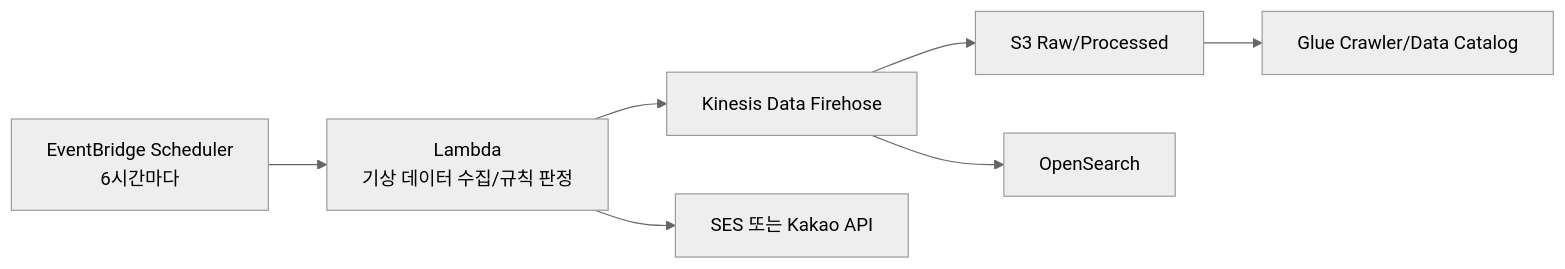
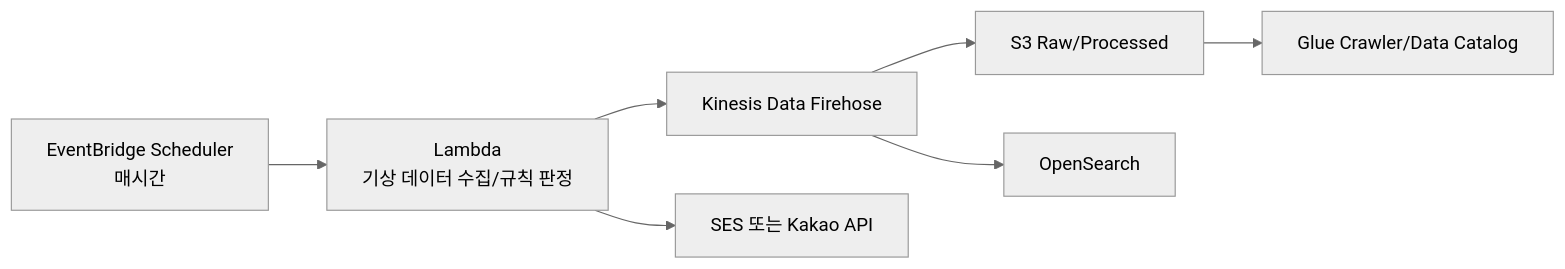
Before and after one commit to hyeongyu-data/air-quality-project: the second of 3 diagrams in README.md, drawn with Mermaid (neutral theme). The commit also changed other lines of this file and 11 other files, not shown here.

````diff
--- a/README.md
+++ b/README.md
@@ -250,9 +252,9 @@
 ```mermaid
 flowchart LR
-    A["EventBridge Scheduler<br/>6시간마다"] --> B["Lambda<br/>기상 데이터 수집/규칙 판정"]
+    A["EventBridge Scheduler<br/>매시간"] --> B["Lambda<br/>기상 데이터 수집/규칙 판정"]
     B --> C["Kinesis Data Firehose"]
     C --> D["S3 Raw/Processed"]
     C --> E["OpenSearch"]
     D --> F["Glue Crawler/Data Catalog"]
     B --> G["SES 또는 Kakao API"]
 ```
````
